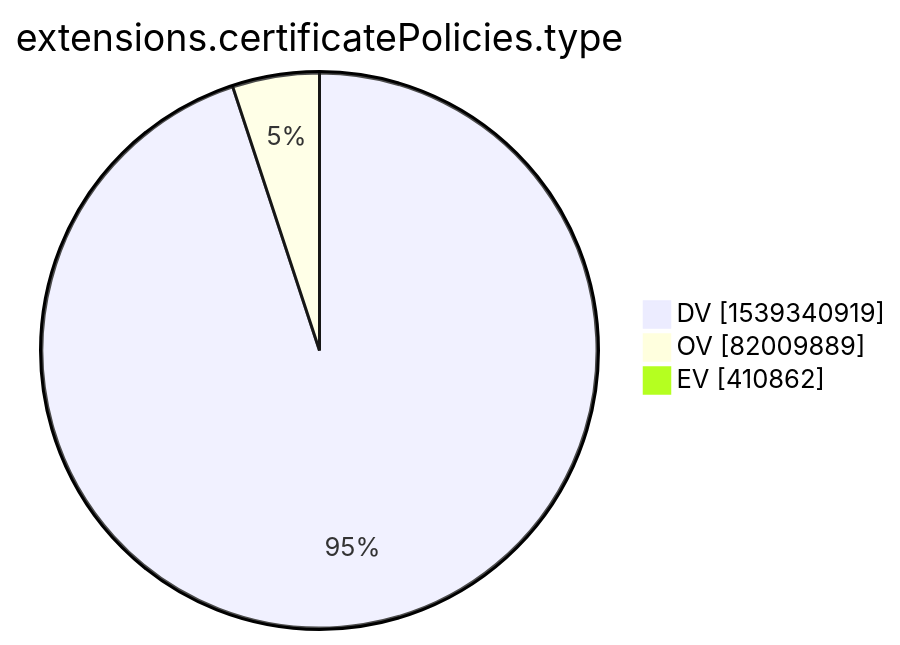
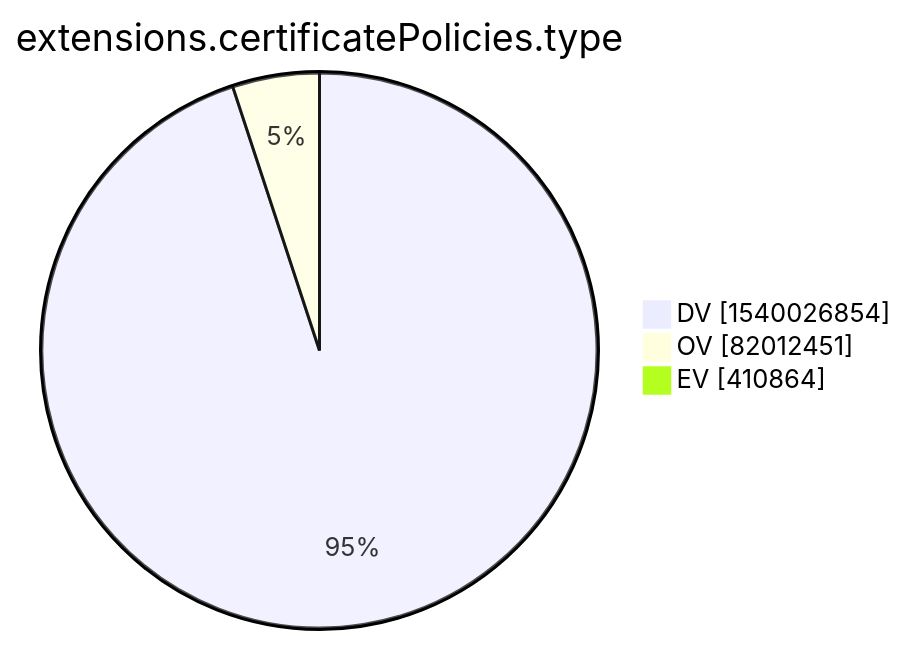
One commit to christiankrug/ctmonitor_visualization changed the tenth of 15 diagrams in xenon2022/README.md. Above: the diagram before and after it, drawn with Mermaid. The commit also changed other lines of this file, not shown here.

````diff
--- a/xenon2022/README.md
+++ b/xenon2022/README.md
@@ -2876,7 +2876,7 @@
 ```mermaid
 pie showData
 title extensions.certificatePolicies.type
-"DV" :1539340919
-"OV" :82009889
-"EV" :410862
+"DV" :1540026854
+"OV" :82012451
+"EV" :410864
 ```
````
